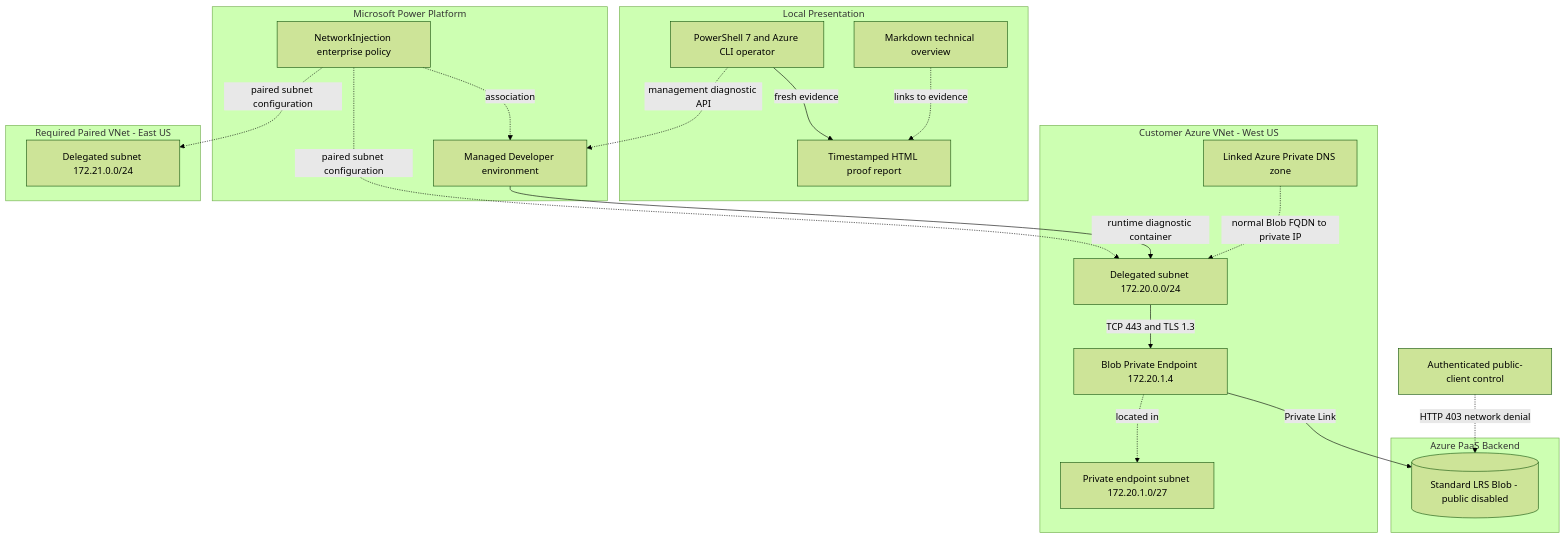
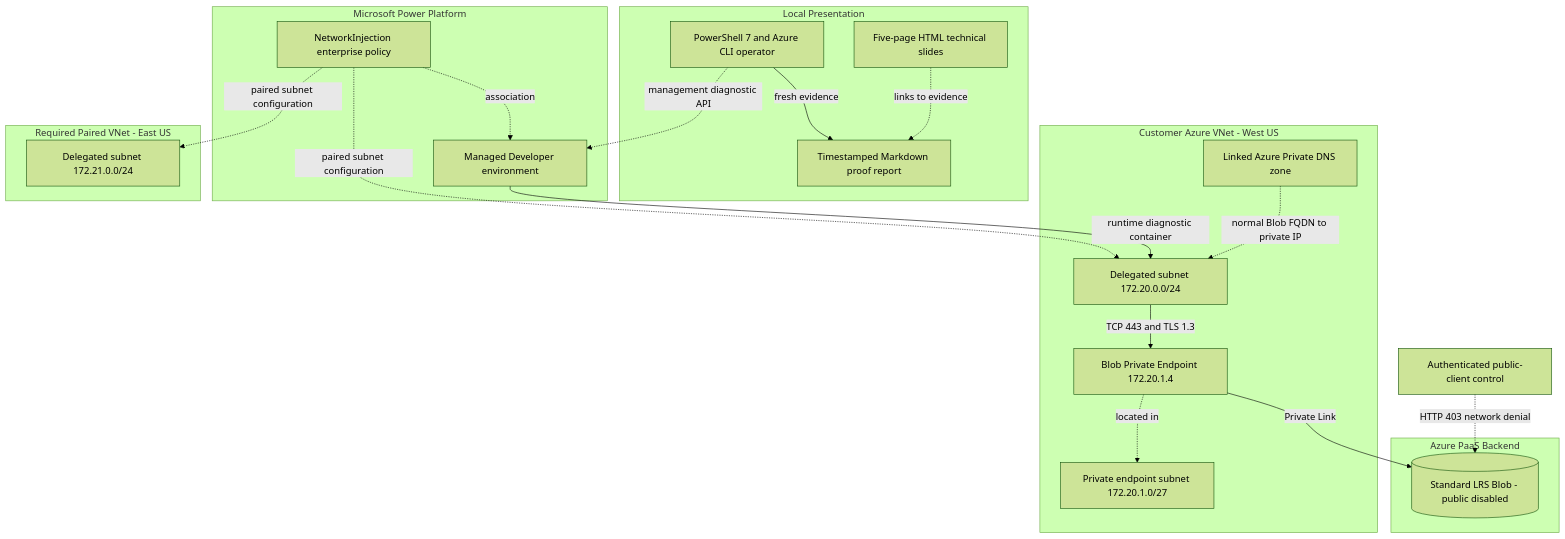
Before and after one commit to teo-ma/powerplatform-vnet-integration: the first of 2 diagrams in .github/modernize/assessment/engines/facts/architecture-diagram.md, drawn with Mermaid (forest theme). The commit also changed other lines of this file and 15 other files, not shown here.

First line of the commit message:
Restore HTML slides and convert verification reports to Markdown

````diff
--- a/.github/modernize/assessment/engines/facts/architecture-diagram.md
+++ b/.github/modernize/assessment/engines/facts/architecture-diagram.md
@@ -10,37 +10,37 @@
 ```mermaid
 flowchart TD
     subgraph PresentationA1["Local Presentation"]
-        SlidesA1["Markdown technical overview"]
-        ReportA1["Timestamped HTML proof report"]
+        SlidesA1["Five-page HTML technical slides"]
+        ReportA1["Timestamped Markdown proof report"]
         OperatorA1["PowerShell 7 and Azure CLI operator"]
     end
     subgraph PlatformA1["Microsoft Power Platform"]
         EnvironmentA1["Managed Developer environment"]
         PolicyA1["NetworkInjection enterprise policy"]
     end
     subgraph WestA1["Customer Azure VNet - West US"]
         SourceA1["Delegated subnet 172.20.0.0/24"]
         TargetA1["Private endpoint subnet 172.20.1.0/27"]
         EndpointA1["Blob Private Endpoint 172.20.1.4"]
         DnsA1["Linked Azure Private DNS zone"]
     end
     subgraph EastA1["Required Paired VNet - East US"]
         StandbyA1["Delegated subnet 172.21.0.0/24"]
     end
     subgraph BackendA1["Azure PaaS Backend"]
         BlobA1[("Standard LRS Blob - public disabled")]
     end
     PublicA1["Authenticated public-client control"]
     OperatorA1 -.->|"management diagnostic API"| EnvironmentA1
     OperatorA1 -->|"fresh evidence"| ReportA1
     SlidesA1 -.->|"links to evidence"| ReportA1
     PolicyA1 -.->|"association"| EnvironmentA1
     PolicyA1 -.->|"paired subnet configuration"| SourceA1
     PolicyA1 -.->|"paired subnet configuration"| StandbyA1
     EnvironmentA1 -->|"runtime diagnostic container"| SourceA1
     DnsA1 -.->|"normal Blob FQDN to private IP"| SourceA1
     SourceA1 -->|"TCP 443 and TLS 1.3"| EndpointA1
     EndpointA1 -.->|"located in"| TargetA1
     EndpointA1 -->|"Private Link"| BlobA1
     PublicA1 -.->|"HTTP 403 network denial"| BlobA1
 ```
````
